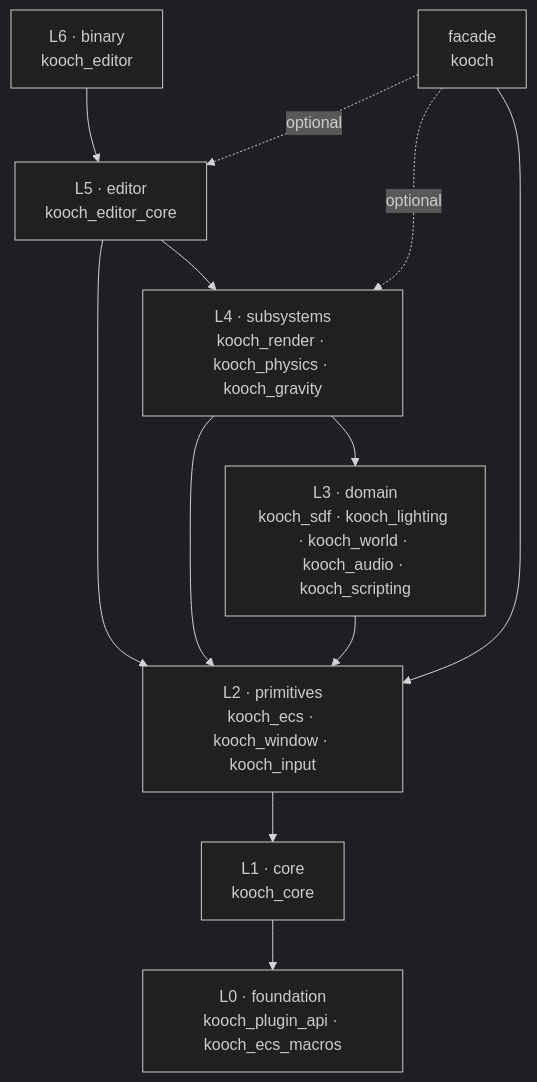
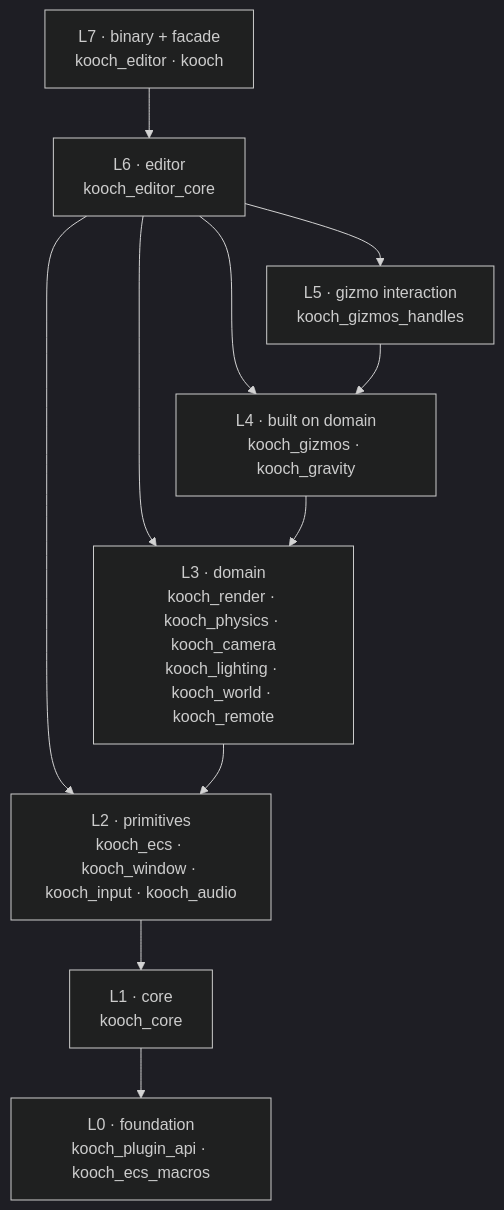
Before and after one commit to lobinuxsoft/kooch: the diagram in docs/book/src/architecture/crate-graph.md, drawn with Mermaid (dark theme). The commit also changed other lines of this file and 4 other files, not shown here.

````diff
--- a/docs/book/src/architecture/crate-graph.md
+++ b/docs/book/src/architecture/crate-graph.md
@@ -30,23 +35,22 @@
 ```mermaid
 flowchart TD
-    L6["L6 · binary<br/>kooch_editor"]
-    L5["L5 · editor<br/>kooch_editor_core"]
-    L4["L4 · subsystems<br/>kooch_render · kooch_physics · kooch_gravity"]
-    L3["L3 · domain<br/>kooch_sdf · kooch_lighting · kooch_world · kooch_audio · kooch_scripting"]
-    L2["L2 · primitives<br/>kooch_ecs · kooch_window · kooch_input"]
+    L7["L7 · binary + facade<br/>kooch_editor · kooch"]
+    L6["L6 · editor<br/>kooch_editor_core"]
+    L5["L5 · gizmo interaction<br/>kooch_gizmos_handles"]
+    L4["L4 · built on domain<br/>kooch_gizmos · kooch_gravity"]
+    L3["L3 · domain<br/>kooch_render · kooch_physics · kooch_camera<br/>kooch_lighting · kooch_world · kooch_remote"]
+    L2["L2 · primitives<br/>kooch_ecs · kooch_window · kooch_input · kooch_audio"]
     L1["L1 · core<br/>kooch_core"]
     L0["L0 · foundation<br/>kooch_plugin_api · kooch_ecs_macros"]
-    FACADE["facade<br/>kooch"]
 
+    L7 --> L6
     L6 --> L5
+    L6 --> L4
+    L6 --> L3
+    L6 --> L2
     L5 --> L4
-    L5 --> L2
     L4 --> L3
-    L4 --> L2
     L3 --> L2
     L2 --> L1
     L1 --> L0
-    FACADE -.optional.-> L4
-    FACADE -.optional.-> L5
-    FACADE --> L2
 ```
````
